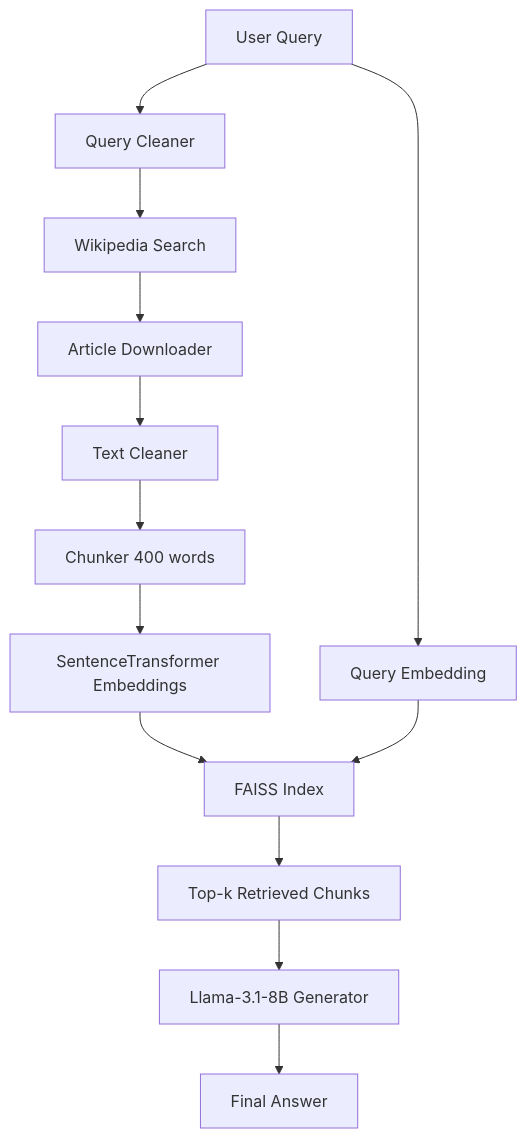
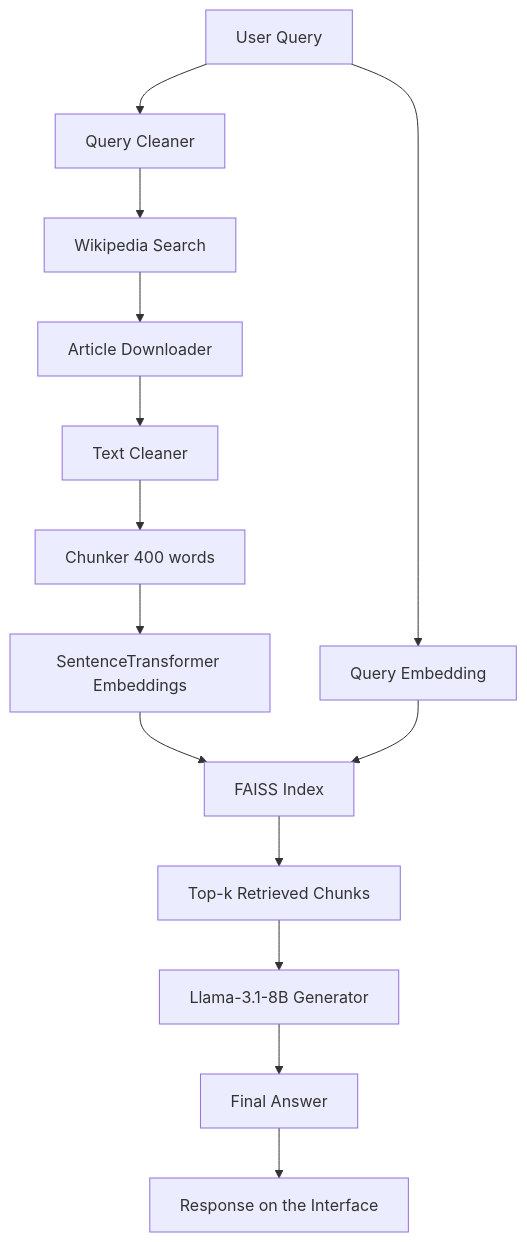
The diagram in README.md (yuliavistak/search-answer-from-wikipedia-RAG), drawn with Mermaid before and after one commit. The commit also changed other lines of this file, not shown here.

````diff
--- a/README.md
+++ b/README.md
@@ -22,15 +23,16 @@
 ```mermaid
 flowchart TD
     A[User Query] --> B[Query Cleaner]
     B --> C[Wikipedia Search]
     C --> D[Article Downloader]
     D --> E[Text Cleaner]
     E --> F[Chunker 400 words]
     F --> G[SentenceTransformer Embeddings]
     G --> H[FAISS Index]
     A --> I[Query Embedding]
     I --> H
     H --> J[Top-k Retrieved Chunks]
     J --> K[Llama-3.1-8B Generator]
     K --> L[Final Answer]
+    L --> M[Response on the Interface]
 ```
````
